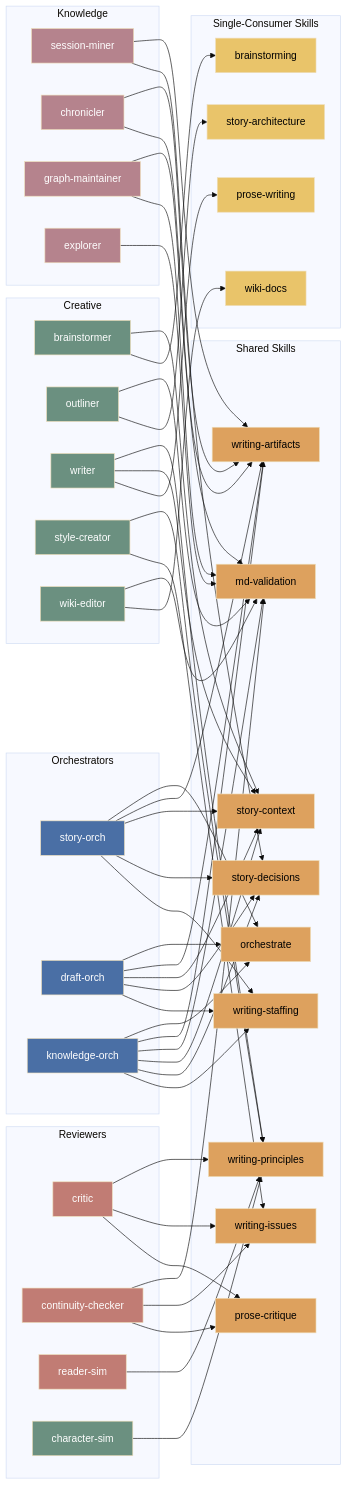
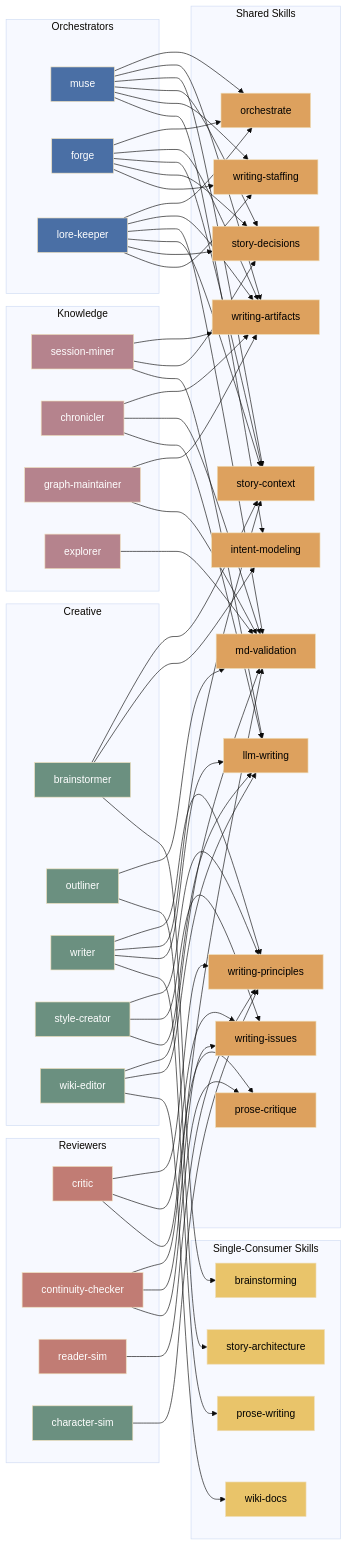
One commit to haowjy/creative-writing-skills changed the second of 4 diagrams in docs/architecture.md. Above: the diagram before and after it, drawn with Mermaid (base theme). The commit also changed other lines of this file and 47 other files, not shown here.

````diff
--- a/docs/architecture.md
+++ b/docs/architecture.md
@@ -45,9 +45,9 @@
 ```mermaid
 graph LR
     subgraph Orchestrators
-        SO[story-orch]
-        DO[draft-orch]
-        KO[knowledge-orch]
+        SO[muse]
+        DO[forge]
+        KO[lore-keeper]
     end
 
     subgraph Creative
@@ -82,6 +82,8 @@
         WS[writing-staffing]
         WI[writing-issues]
         PC[prose-critique]
+        IM[intent-modeling]
+        LW[llm-writing]
     end
 
     subgraph "Single-Consumer Skills"
@@ -147,6 +149,17 @@
     CR --> PC
     CC --> PC
 
+    %% intent-modeling — 2 agents (from meridian-base)
+    SO --> IM
+    BS --> IM
+
+    %% llm-writing — 5 agents (from meridian-base)
+    WR --> LW
+    SC --> LW
+    WE --> LW
+    SM --> LW
+    CH --> LW
+
     %% single-consumer skills
     BS --> BRS
     OL --> SA
@@ -164,6 +177,6 @@
     class BS,OL,WR,SC,WE,CS creative
     class CR,CC,RS review
     class SM,CH,GM,EX knowledge
-    class OR,WA,MV,WP,SCtx,SD,WS,WI,PC sharedSkill
+    class OR,WA,MV,WP,SCtx,SD,WS,WI,PC,IM,LW sharedSkill
     class BRS,SA,WD,PW soloSkill
 ```
````
